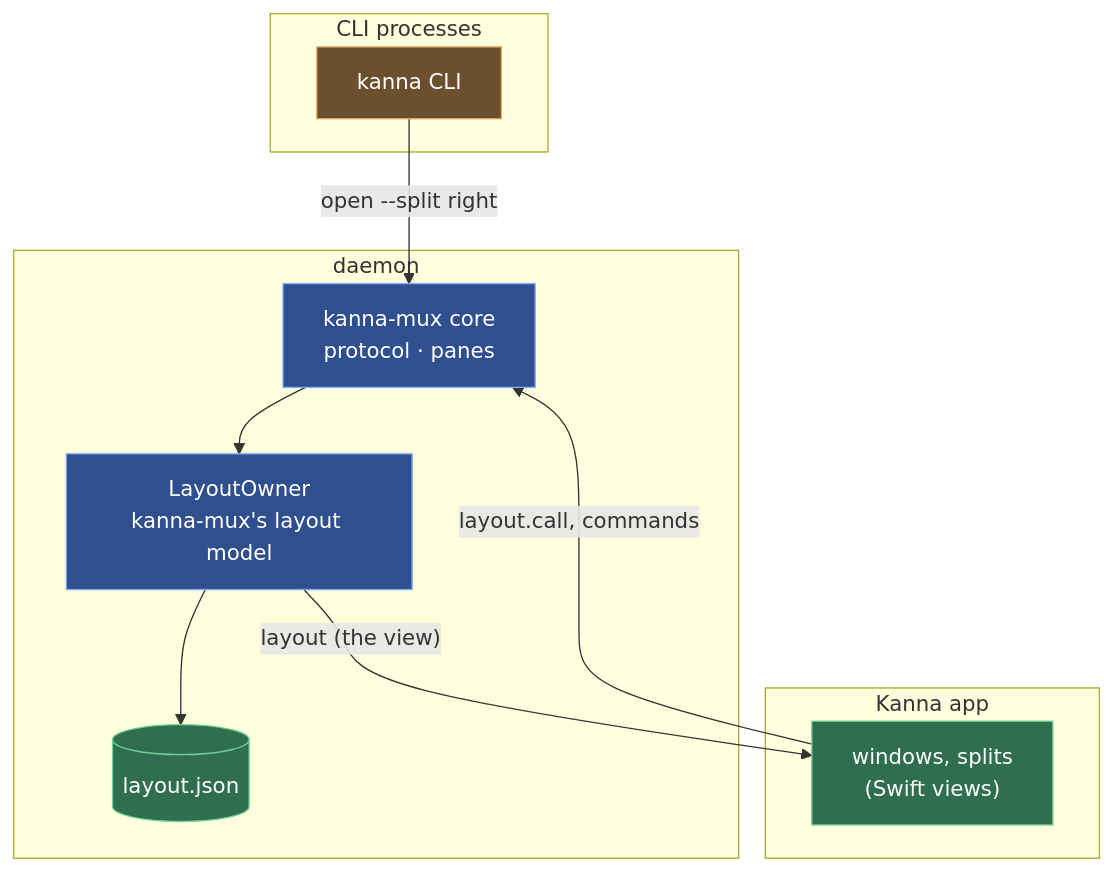
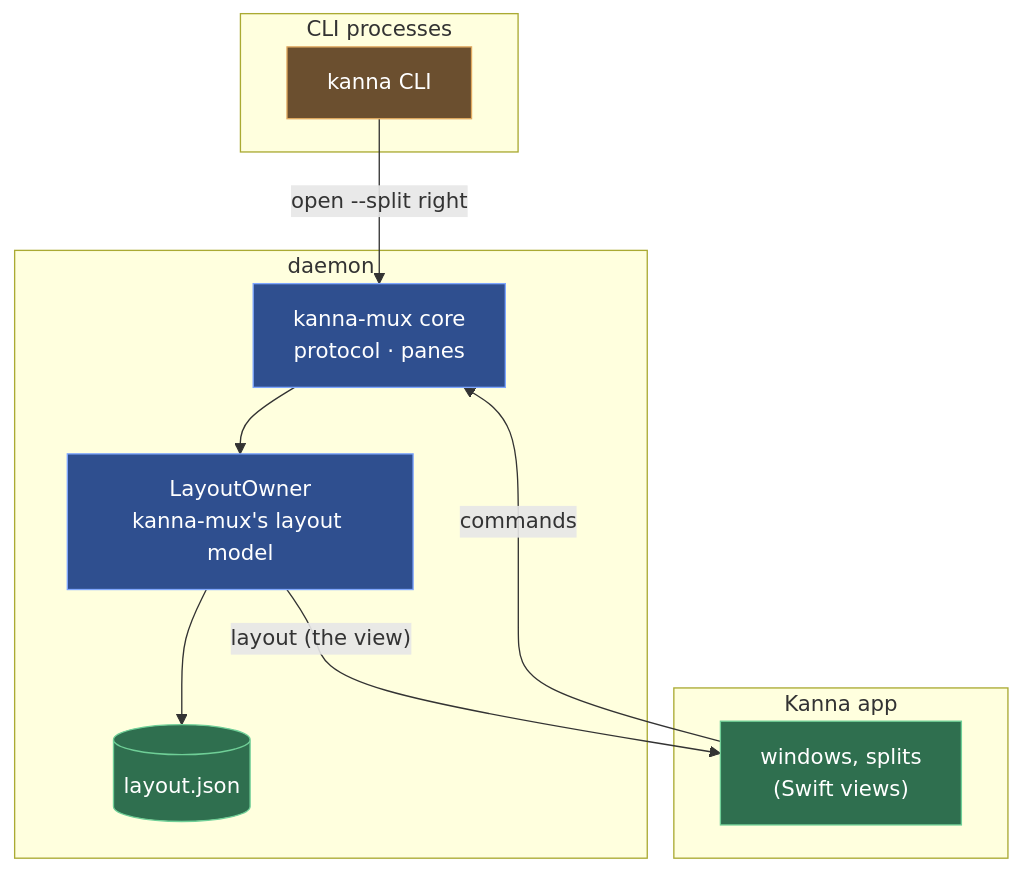
Before and after one commit to tampopogk/kanna: the first of 2 diagrams in docs/specs/layout.md, drawn with Mermaid. The commit also changed other lines of this file and 15 other files, not shown here.

````diff
--- a/docs/specs/layout.md
+++ b/docs/specs/layout.md
@@ -25,22 +23,22 @@
 ```mermaid
 flowchart TB
     subgraph CLIP["CLI processes"]
         CLI["kanna CLI"]
     end
     subgraph A["Kanna app"]
         VIEW["windows, splits<br/>(Swift views)"]
     end
     subgraph D["daemon"]
         CORE["kanna-mux core<br/>protocol · panes"] --> OWNER["LayoutOwner<br/>kanna-mux's layout model"]
         OWNER --> FILE[("layout.json")]
     end
     CLI -->|"open --split right"| CORE
-    VIEW -->|"layout.call, commands"| CORE
+    VIEW -->|"commands"| CORE
     OWNER -->|"layout (the view)"| VIEW
     classDef kanna fill:#2f6f4f,stroke:#6fcf97,color:#ffffff
     classDef kmux fill:#2f4f8f,stroke:#7fa7ff,color:#ffffff
     classDef ext fill:#6b4f2f,stroke:#e0a960,color:#ffffff
     class CORE,OWNER kmux
     class VIEW,FILE kanna
     class CLI ext
 ```
````
